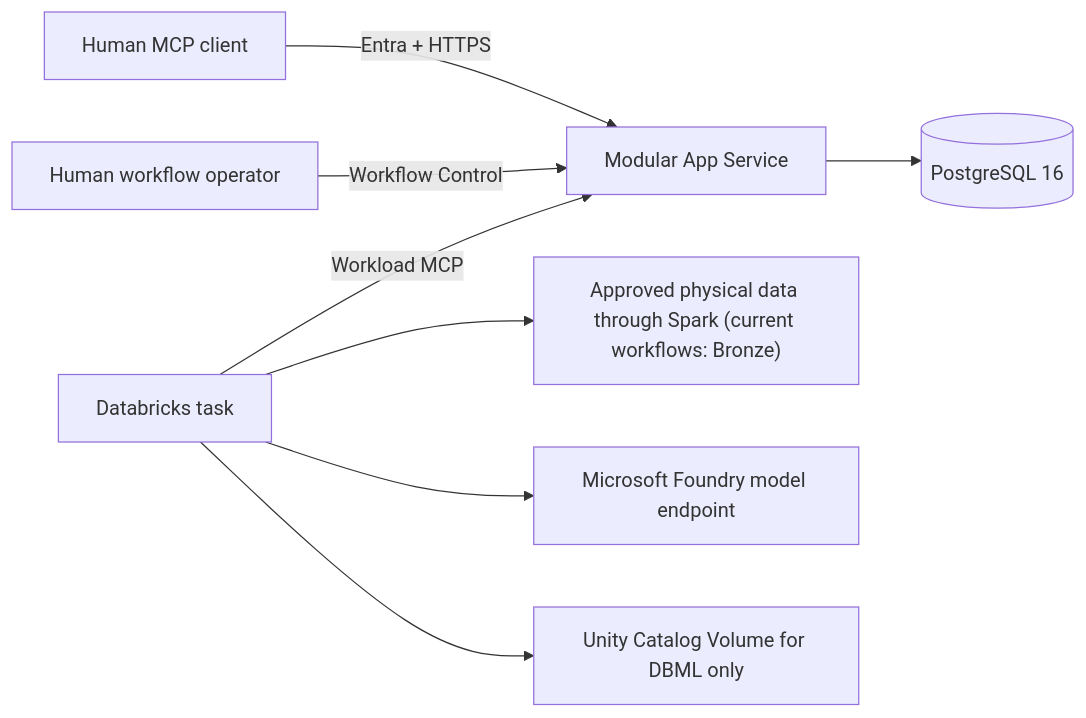
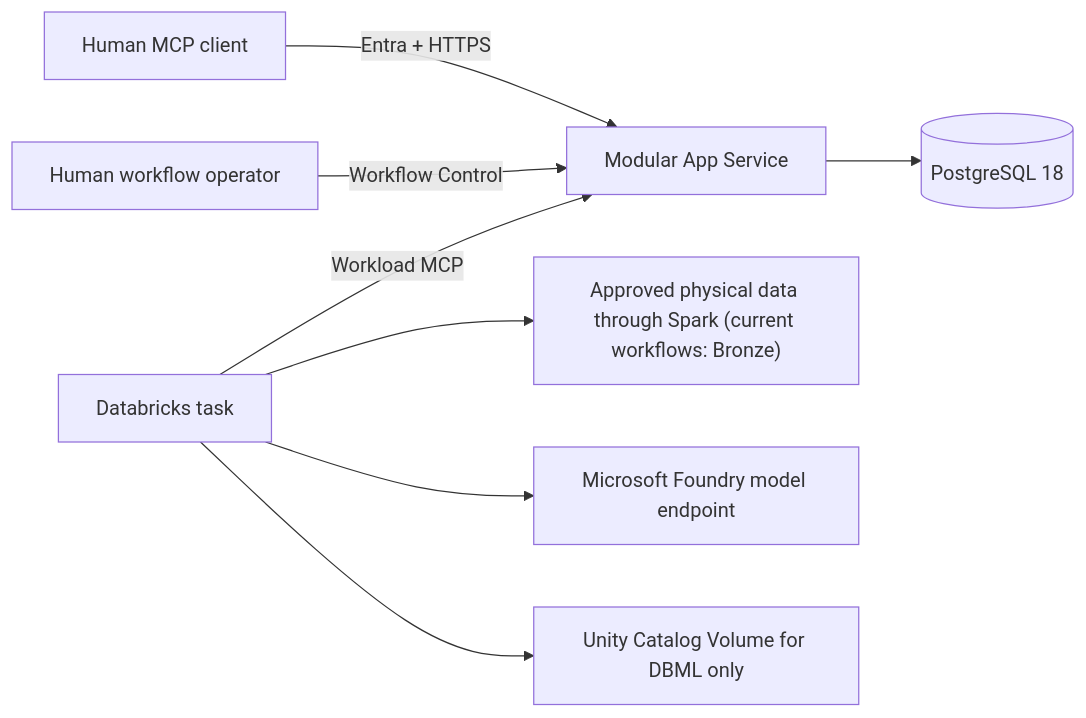
Before and after one commit to maazuddinmohammed/gds_workbench: the diagram in docs/agent-product-blueprint/03-system-architecture.md, drawn with Mermaid. The commit also changed 25 other files, not shown here.

````diff
--- a/docs/agent-product-blueprint/03-system-architecture.md
+++ b/docs/agent-product-blueprint/03-system-architecture.md
@@ -5,10 +5,10 @@
 ```mermaid
 flowchart LR
     Human["Human MCP client"] -->|"Entra + HTTPS"| App["Modular App Service"]
     Operator["Human workflow operator"] -->|"Workflow Control"| App
     Task["Databricks task"] -->|"Workload MCP"| App
-    App --> PG[("PostgreSQL 16")]
+    App --> PG[("PostgreSQL 18")]
     Task --> Spark["Approved physical data through Spark (current workflows: Bronze)"]
     Task --> Foundry["Microsoft Foundry model endpoint"]
     Task --> Volume["Unity Catalog Volume for DBML only"]
 ```
````
